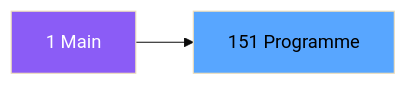
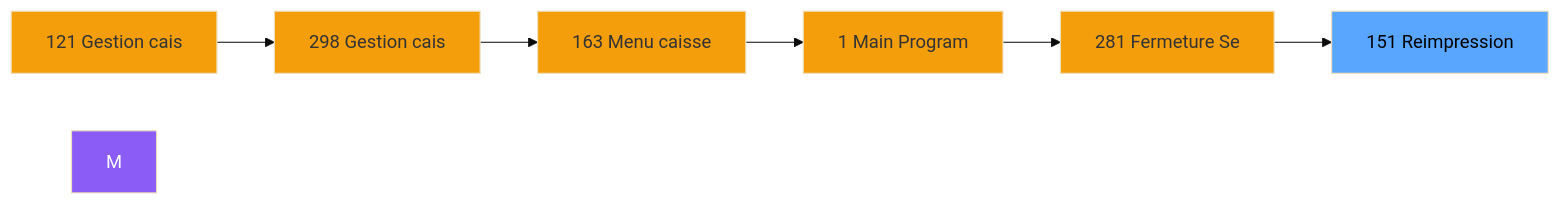
Before and after one commit to thonyAGP/magic-migration: the second of 3 diagrams in .openspec/specs/ADH-IDE-151.md, drawn with Mermaid (base theme). The commit also changed other lines of this file and 323 other files, not shown here.

````diff
--- a/.openspec/specs/ADH-IDE-151.md
+++ b/.openspec/specs/ADH-IDE-151.md
@@ -99,8 +111,21 @@
 ```mermaid
 graph LR
-    M[1 Main]
-    T[151 Programme]
-    M --> T
+    N121[121 Gestion cais]
+    N298[298 Gestion cais]
+    N163[163 Menu caisse ]
+    N1[1 Main Program]
+    N281[281 Fermeture Se]
+    T[151 Reimpression]
+    N121 --> N298
+    N298 --> N163
+    N163 --> N1
+    N1 --> N281
+    N281 --> T
     style M fill:#8b5cf6,color:#fff
+    style N121 fill:#f59e0b
+    style N298 fill:#f59e0b
+    style N163 fill:#f59e0b
+    style N1 fill:#f59e0b
+    style N281 fill:#f59e0b
     style T fill:#58a6ff,color:#000
 ```
````
